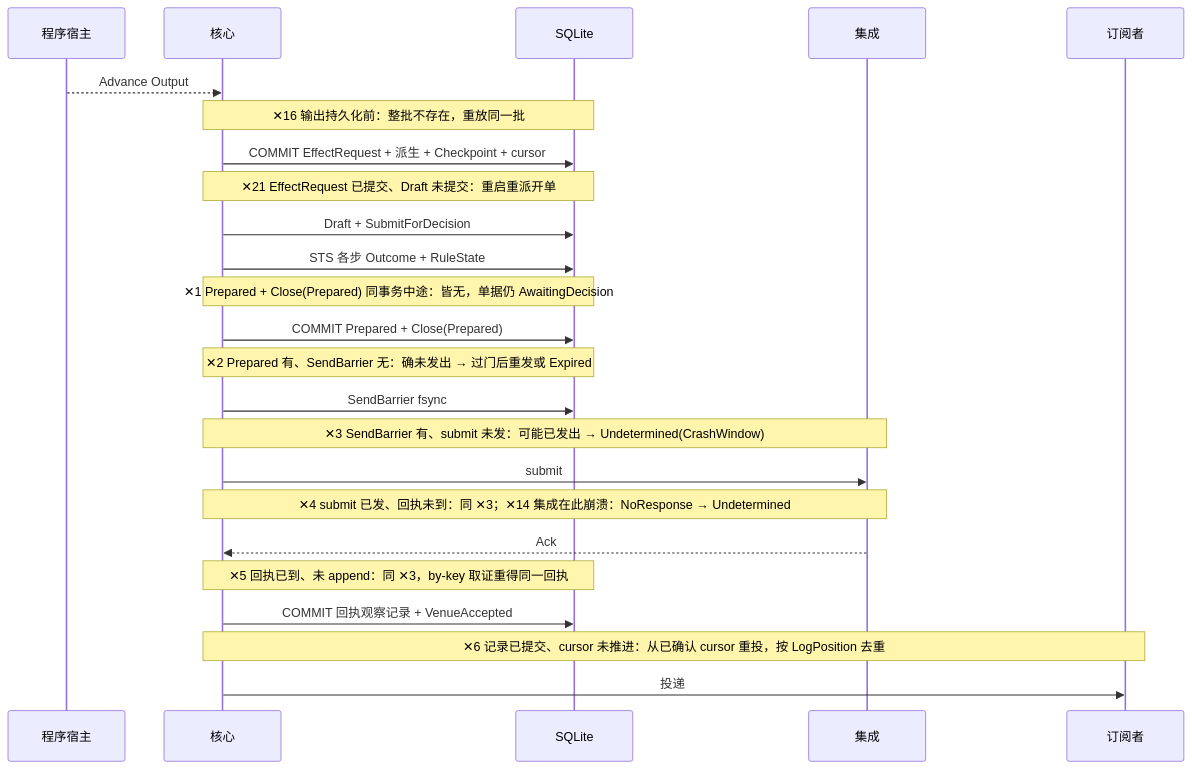
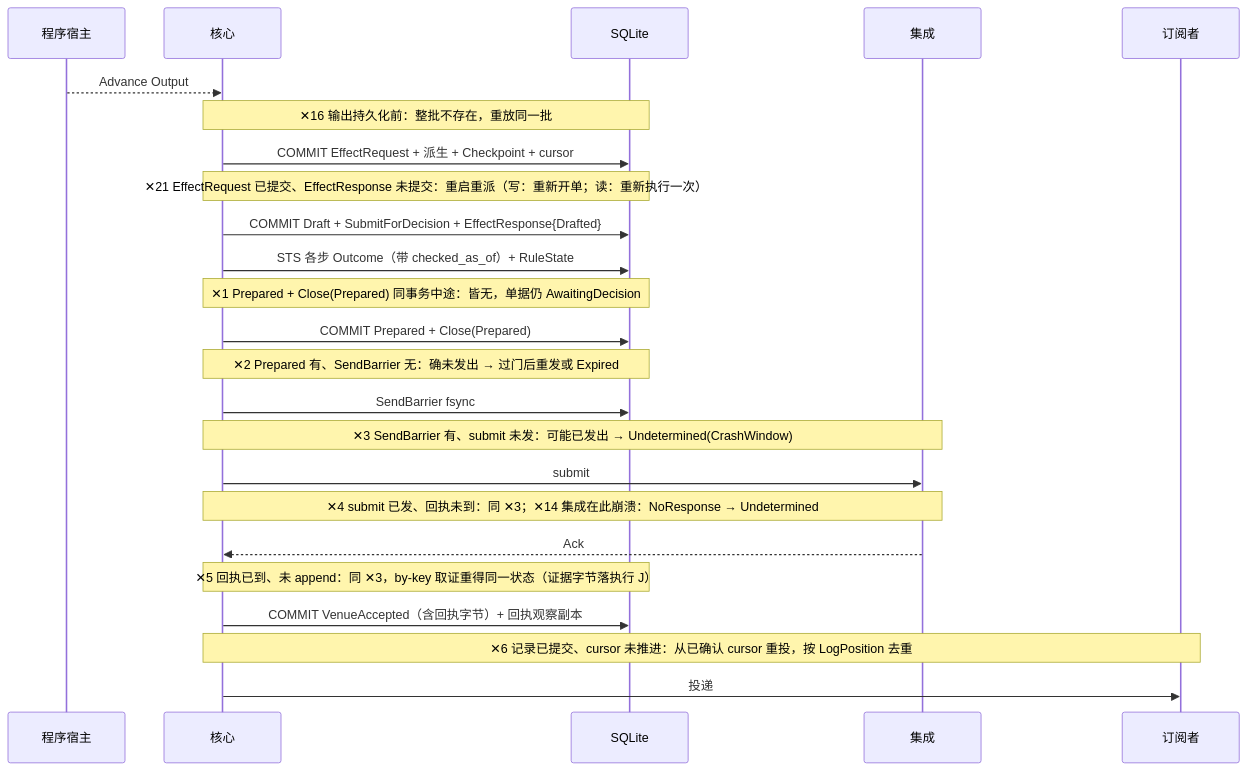
One commit to mouriya-s-lab/uta changed the second of 4 diagrams in design/diagrams/07-crash-recovery.md. Above: the diagram before and after it, drawn with Mermaid. The commit also changed other lines of this file and 9 other files, not shown here.

Commit message:
设计：并入 astra 复核——腿身份 AttemptRef、回执/证据字节归执行事实、EffectResponse 完成事实、AwaitingTargetTerminal 有界出口、ReconciliationReopened 重开取证、取证记录矩阵（Unavailable 不算取证）、lane 集合语义贯通、恢复先判 Resolved、alignment 读当前流末 + checked_as_of、一版一决 Conflict(AlreadyDecided)、Lag/完备位置切面、唯一边=类型依赖与语义消费、XA 类比改设计标签；图 D1–D9 同步

````diff
--- a/design/diagrams/07-crash-recovery.md
+++ b/design/diagrams/07-crash-recovery.md
@@ -40,26 +36,26 @@
 ```mermaid
 sequenceDiagram
   participant H as 程序宿主
   participant C as 核心
   participant DB as SQLite
   participant I as 集成
   participant A as 订阅者
   H-->>C: Advance Output
   Note over C,DB: ✕16 输出持久化前：整批不存在，重放同一批
   C->>DB: COMMIT EffectRequest + 派生 + Checkpoint + cursor
-  Note over C,DB: ✕21 EffectRequest 已提交、Draft 未提交：重启重派开单
-  C->>DB: Draft + SubmitForDecision
-  C->>DB: STS 各步 Outcome + RuleState
+  Note over C,DB: ✕21 EffectRequest 已提交、EffectResponse 未提交：重启重派（写：重新开单；读：重新执行一次）
+  C->>DB: COMMIT Draft + SubmitForDecision + EffectResponse{Drafted}
+  C->>DB: STS 各步 Outcome（带 checked_as_of）+ RuleState
   Note over C,DB: ✕1 Prepared + Close(Prepared) 同事务中途：皆无，单据仍 AwaitingDecision
   C->>DB: COMMIT Prepared + Close(Prepared)
   Note over C,DB: ✕2 Prepared 有、SendBarrier 无：确未发出 → 过门后重发或 Expired
   C->>DB: SendBarrier fsync
   Note over C,I: ✕3 SendBarrier 有、submit 未发：可能已发出 → Undetermined(CrashWindow)
   C->>I: submit
   Note over C,I: ✕4 submit 已发、回执未到：同 ✕3；✕14 集成在此崩溃：NoResponse → Undetermined
   I-->>C: Ack
-  Note over C,DB: ✕5 回执已到、未 append：同 ✕3，by-key 取证重得同一回执
-  C->>DB: COMMIT 回执观察记录 + VenueAccepted
+  Note over C,DB: ✕5 回执已到、未 append：同 ✕3，by-key 取证重得同一状态（证据字节落执行 J）
+  C->>DB: COMMIT VenueAccepted（含回执字节）+ 回执观察副本
   Note over C,A: ✕6 记录已提交、cursor 未推进：从已确认 cursor 重投，按 LogPosition 去重
   C->>A: 投递
 ```
````
